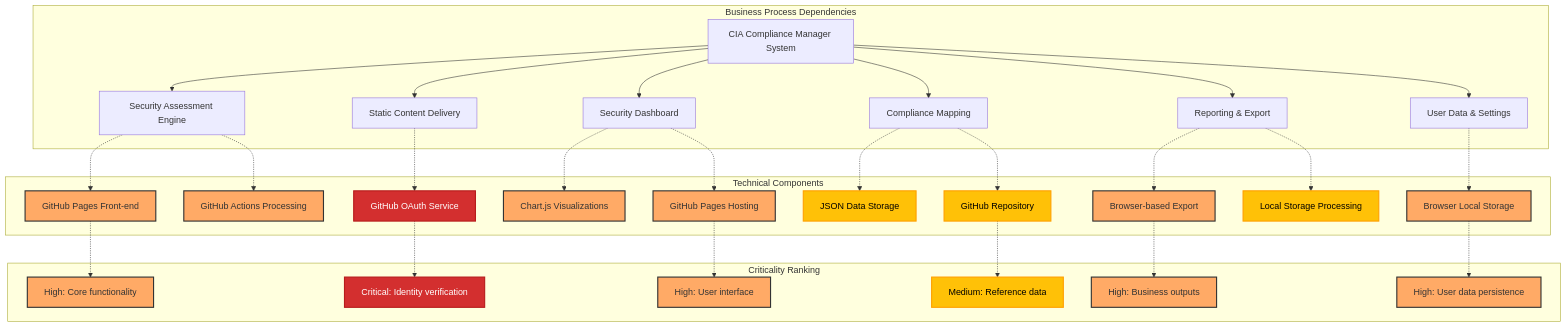
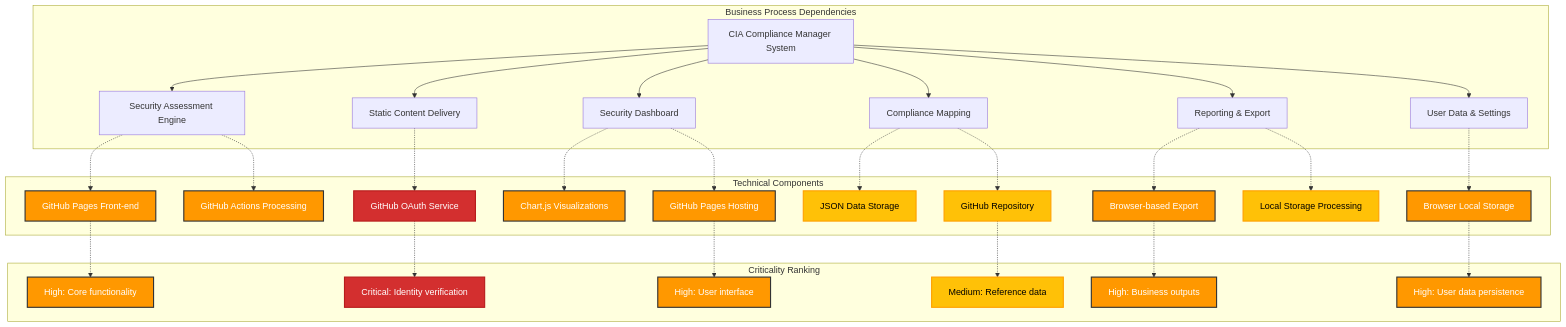
One commit to Hack23/cia-compliance-manager changed the second of 33 diagrams in docs/architecture/BCPPlan.md. Above: the diagram before and after it, drawn with Mermaid. The commit also changed other lines of this file and 18 other files, not shown here.

````diff
--- a/docs/architecture/BCPPlan.md
+++ b/docs/architecture/BCPPlan.md
@@ -134,41 +134,41 @@
 ```mermaid
 graph TB
     subgraph "Business Process Dependencies"
         A[CIA Compliance Manager System] --> B[Security Assessment Engine]
         A --> C[Static Content Delivery]
         A --> D[Security Dashboard]
         A --> E[Compliance Mapping]
         A --> F[Reporting & Export]
         A --> G[User Data & Settings]
     end
 
     subgraph "Technical Components"
         B -.-> B1[GitHub Pages Front-end]
         B -.-> B2[GitHub Actions Processing]
         C -.-> C1[GitHub OAuth Service]
         D -.-> D1[Chart.js Visualizations]
         D -.-> D2[GitHub Pages Hosting]
         E -.-> E1[JSON Data Storage]
         E -.-> E2[GitHub Repository]
         F -.-> F1[Browser-based Export]
         F -.-> F2[Local Storage Processing]
         G -.-> G1[Browser Local Storage]
     end
 
     subgraph "Criticality Ranking"
         B1 -.-> CR1[High: Core functionality]
         C1 -.-> CR2[Critical: Identity verification]
         D2 -.-> CR3[High: User interface]
         E2 -.-> CR4[Medium: Reference data]
         F1 -.-> CR5[High: Business outputs]
         G1 -.-> CR6[High: User data persistence]
     end
 
     classDef critical fill:#D32F2F,stroke:#B71C1C,stroke-width:2px,color:#ffffff
-    classDef high fill:#ffaa66,stroke:#333,stroke-width:2px;
+    classDef high fill:#FF9800,stroke:#F57C00,stroke-width:2px,color:#ffffff,stroke:#333,stroke-width:2px;
     classDef medium fill:#FFC107,stroke:#FFA000,stroke-width:2px,color:#000000
 
     class C1,CR2 critical;
     class B1,B2,D1,D2,F1,G1,CR1,CR3,CR5,CR6 high;
     class E1,E2,F2,CR4 medium;
 ```
````
